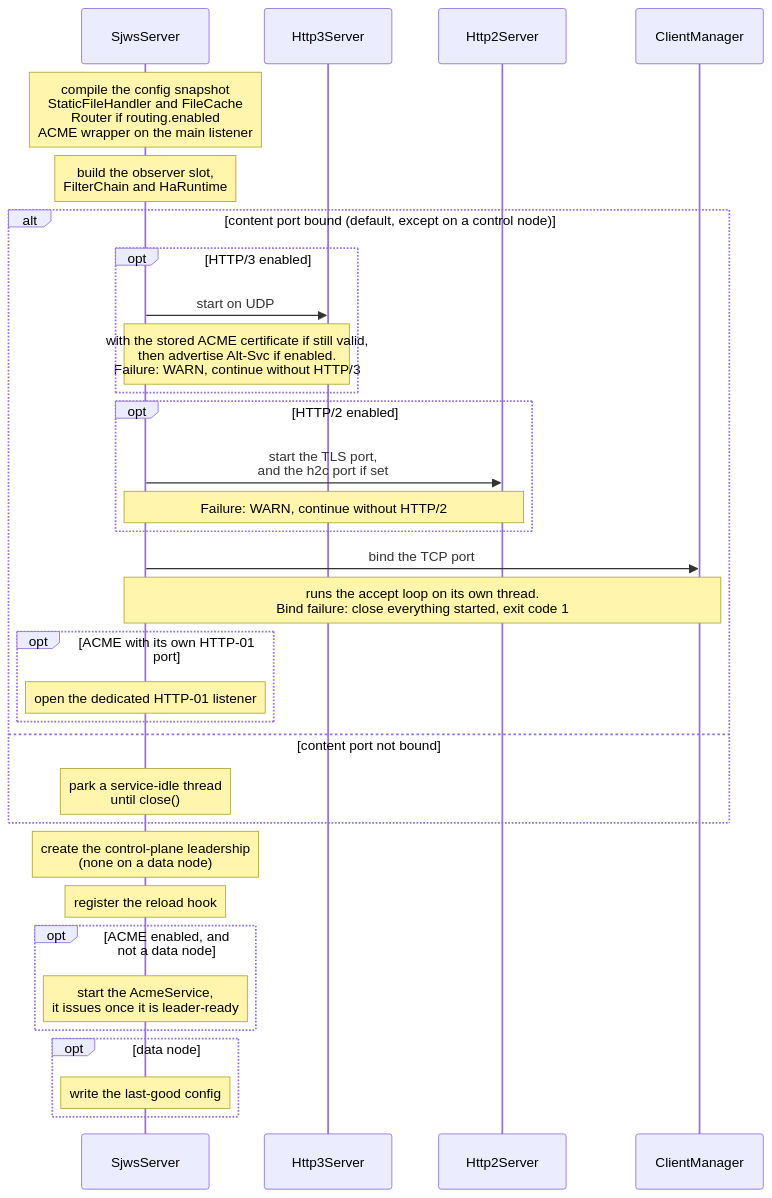
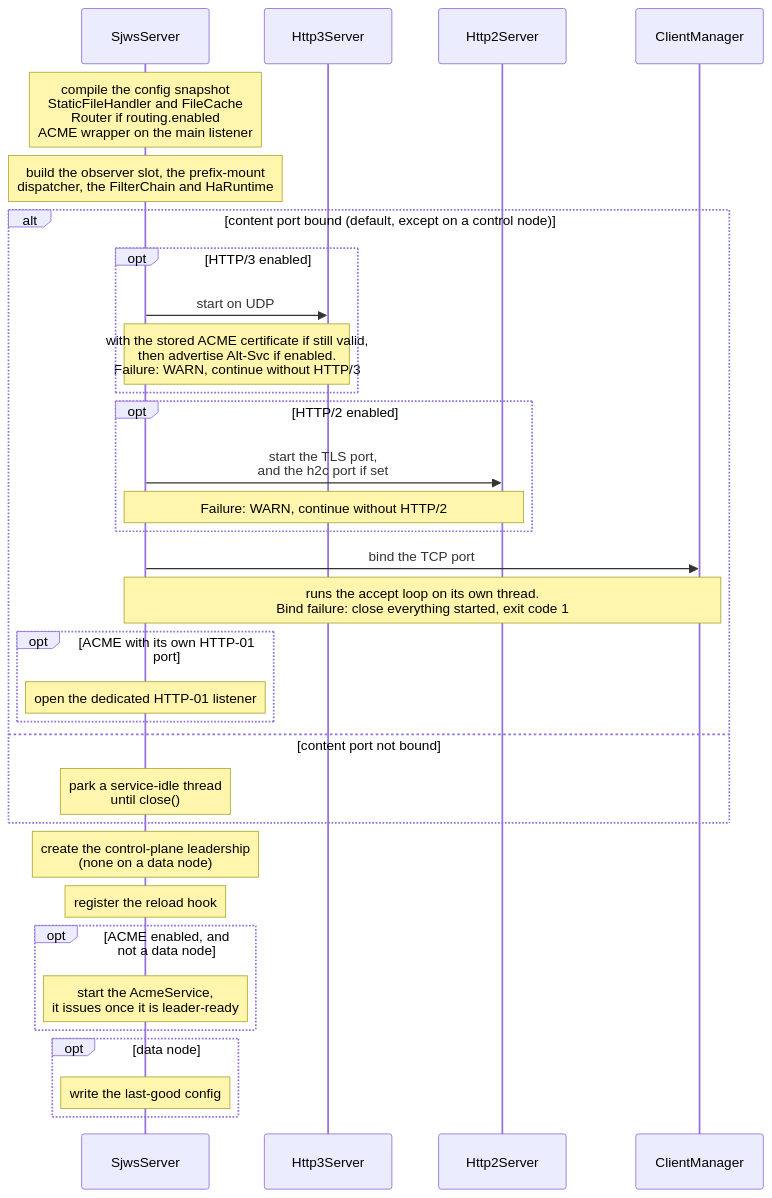
Before and after one commit to BlivionIaG/sjws_nettask: the second of 5 diagrams in docs/design/architecture.md, drawn with Mermaid. The commit also changed other lines of this file and 5 other files, not shown here.

First line of the commit message:
docs: refresh core, CI and buffer-pool diagrams for the new master

````diff
--- a/docs/design/architecture.md
+++ b/docs/design/architecture.md
@@ -68,35 +69,35 @@
 ```mermaid
 sequenceDiagram
     participant S as SjwsServer
     participant H3 as Http3Server
     participant H2 as Http2Server
     participant CM as ClientManager
 
     Note over S: compile the config snapshot<br/>StaticFileHandler and FileCache<br/>Router if routing.enabled<br/>ACME wrapper on the main listener
-    Note over S: build the observer slot,<br/>FilterChain and HaRuntime
+    Note over S: build the observer slot, the prefix-mount<br/>dispatcher, the FilterChain and HaRuntime
     alt content port bound (default, except on a control node)
         opt HTTP/3 enabled
             S->>H3: start on UDP
             Note over S,H3: with the stored ACME certificate if still valid,<br/>then advertise Alt-Svc if enabled.<br/>Failure: WARN, continue without HTTP/3
         end
         opt HTTP/2 enabled
             S->>H2: start the TLS port,<br/>and the h2c port if set
             Note over S,H2: Failure: WARN, continue without HTTP/2
         end
         S->>CM: bind the TCP port
         Note over S,CM: runs the accept loop on its own thread.<br/>Bind failure: close everything started, exit code 1
         opt ACME with its own HTTP-01 port
             Note over S: open the dedicated HTTP-01 listener
         end
     else content port not bound
         Note over S: park a service-idle thread<br/>until close()
     end
     Note over S: create the control-plane leadership<br/>(none on a data node)
     Note over S: register the reload hook
     opt ACME enabled, and not a data node
         Note over S: start the AcmeService,<br/>it issues once it is leader-ready
     end
     opt data node
         Note over S: write the last-good config
     end
 ```
````
